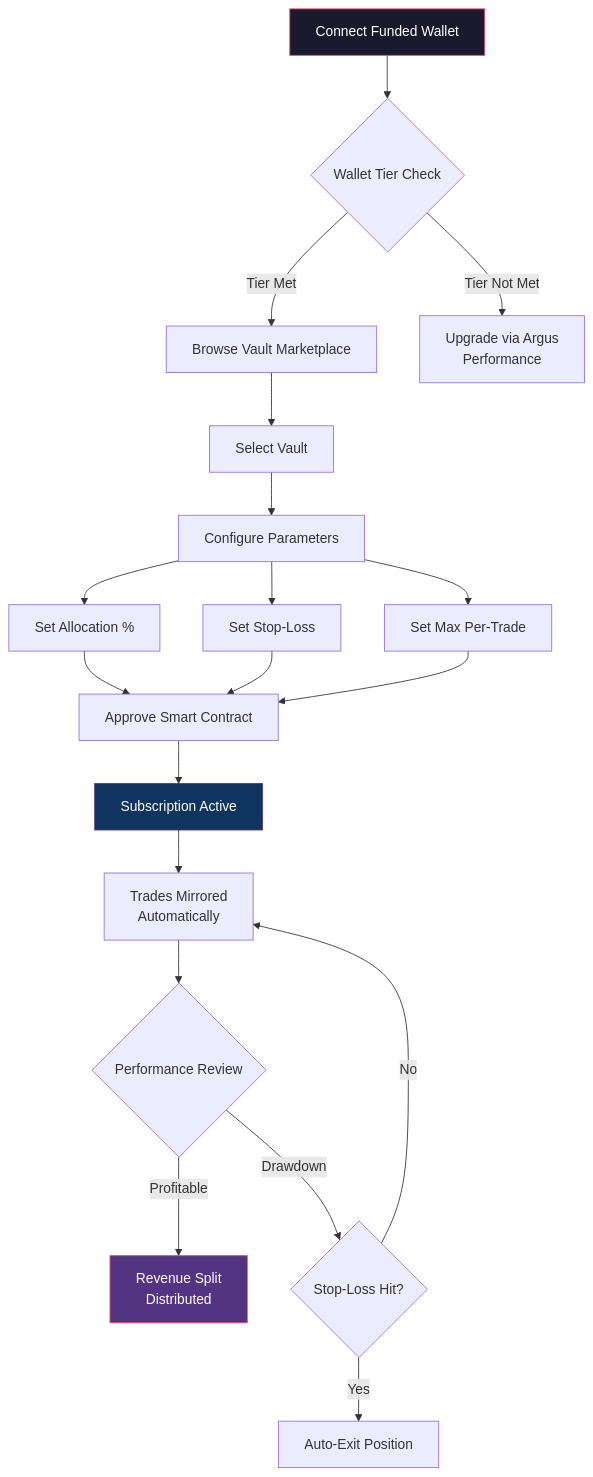
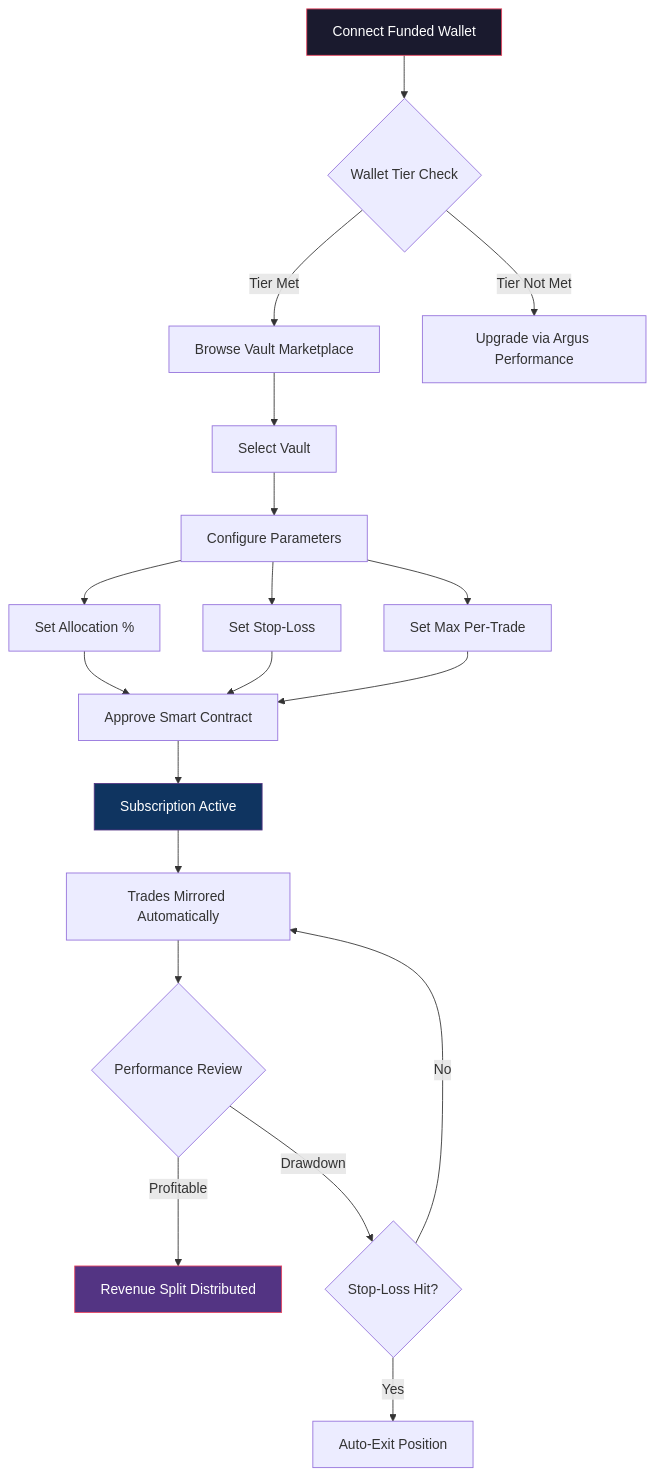
Before and after one commit to thetruesammyjay/ZibaXeer: the fifth of 7 diagrams in README.md, drawn with Mermaid. The commit also changed other lines of this file and 9 other files, not shown here.

````diff
--- a/README.md
+++ b/README.md
@@ -233,28 +233,28 @@
 ```mermaid
 flowchart TD
     A[Connect Funded Wallet] --> B{Wallet Tier Check}
     B -->|Tier Met| C[Browse Vault Marketplace]
-    B -->|Tier Not Met| D[Upgrade via Argus<br/>Performance]
+    B -->|Tier Not Met| D[Upgrade via Argus Performance]
 
     C --> E[Select Vault]
     E --> F[Configure Parameters]
     F --> F1[Set Allocation %]
     F --> F2[Set Stop-Loss]
     F --> F3[Set Max Per-Trade]
 
     F1 --> G[Approve Smart Contract]
     F2 --> G
     F3 --> G
 
     G --> H[Subscription Active]
-    H --> I[Trades Mirrored<br/>Automatically]
+    H --> I[Trades Mirrored Automatically]
     I --> J{Performance Review}
-    J -->|Profitable| K[Revenue Split<br/>Distributed]
+    J -->|Profitable| K[Revenue Split Distributed]
     J -->|Drawdown| L{Stop-Loss Hit?}
     L -->|Yes| M[Auto-Exit Position]
     L -->|No| I
 
     style A fill:#1a1a2e,stroke:#e94560,color:#fff
     style H fill:#0f3460,stroke:#533483,color:#fff
     style K fill:#533483,stroke:#e94560,color:#fff
 ```
````
